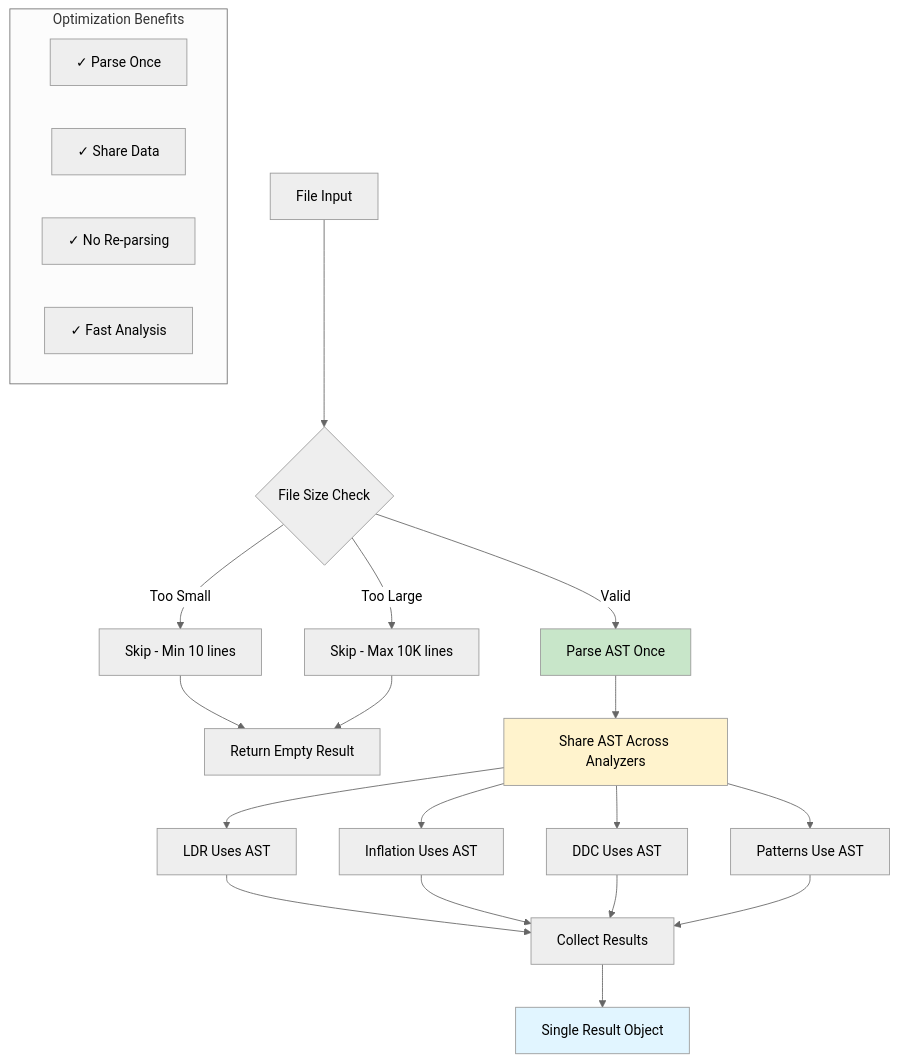
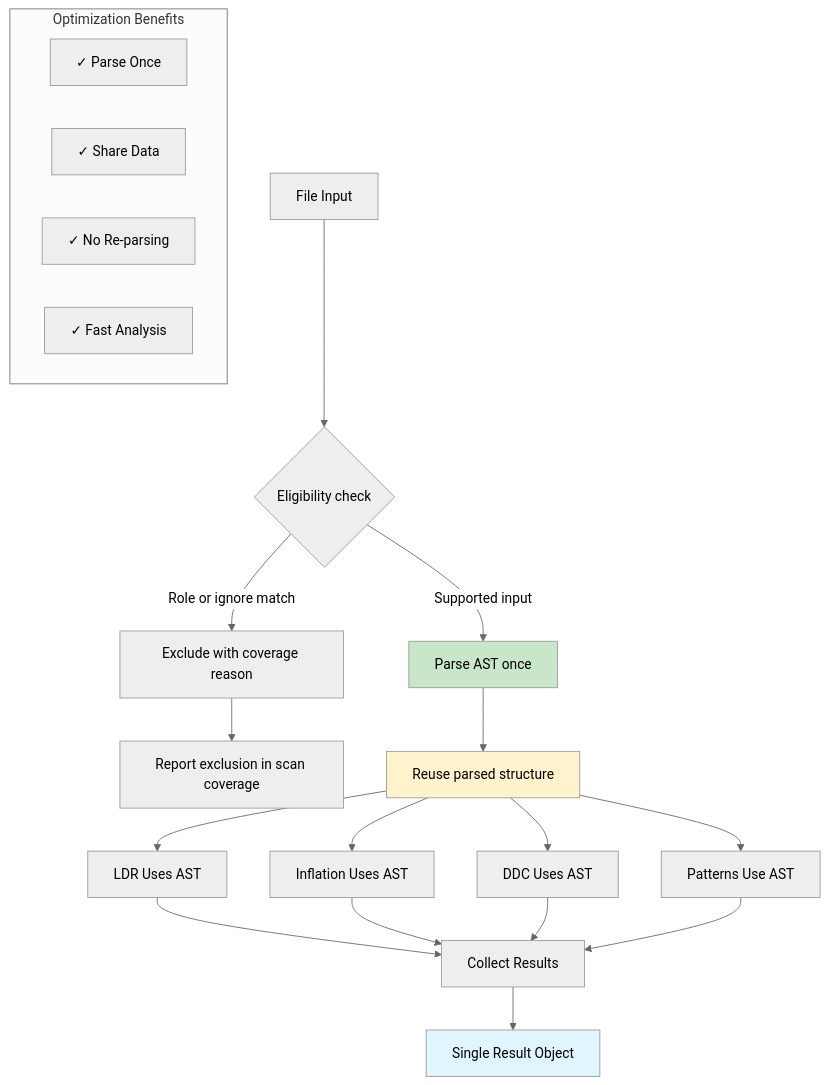
One commit to flamehaven01/AI-SLOP-Detector changed diagram 13 of 14 in docs/HOW_IT_WORKS.md. Above: the diagram before and after it, drawn with Mermaid (neutral theme). The commit also changed other lines of this file, not shown here.

First line of the commit message:
docs(how-it-works): project score, LDR grades, and inflation bands match the code

````diff
--- a/docs/HOW_IT_WORKS.md
+++ b/docs/HOW_IT_WORKS.md
@@ -540,36 +539,33 @@
 ```mermaid
 flowchart TD
-    A[File Input] --> B{File Size Check}
+    A[File Input] --> B{Eligibility check}
     
-    B -->|Too Small| C[Skip - Min 10 lines]
-    B -->|Too Large| D[Skip - Max 10K lines]
-    B -->|Valid| E[Parse AST Once]
+    B -->|Role or ignore match| C[Exclude with coverage reason]
+    B -->|Supported input| D[Parse AST once]
     
-    C --> Z[Return Empty Result]
-    D --> Z
-    
-    E --> F[Share AST Across Analyzers]
+    C --> Z[Report exclusion in scan coverage]
+    D --> F[Reuse parsed structure]
     
     F --> G1[LDR Uses AST]
     F --> G2[Inflation Uses AST]
     F --> G3[DDC Uses AST]
     F --> G4[Patterns Use AST]
     
     G1 --> H[Collect Results]
     G2 --> H
     G3 --> H
     G4 --> H
     
     H --> I[Single Result Object]
     
-    style E fill:#c8e6c9
+    style D fill:#c8e6c9
     style F fill:#fff3cd
     style I fill:#e1f5ff
     
     subgraph "Optimization Benefits"
     O1[✓ Parse Once]
     O2[✓ Share Data]
     O3[✓ No Re-parsing]
     O4[✓ Fast Analysis]
     end
 ```
````
